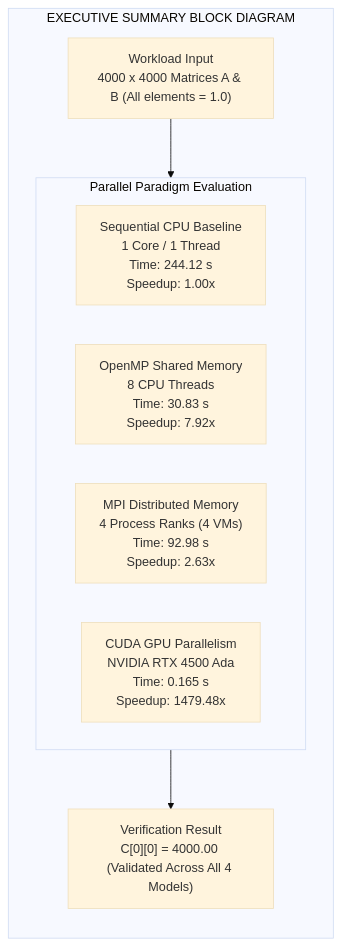
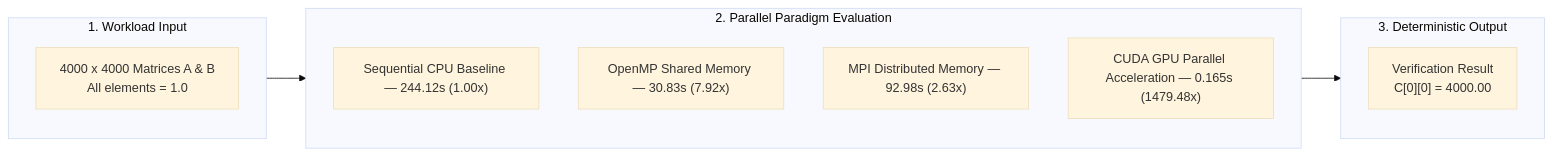
Before and after one commit to Janaki1711/PGC_Lab: the first of 2 diagrams in README.md, drawn with Mermaid (base theme).

Commit message:
Update Executive Summary Mermaid block diagram to horizontal layout for clean rendering

````diff
--- a/README.md
+++ b/README.md
@@ -14,19 +14,20 @@
 ```mermaid
-flowchart TD
-    subgraph Executive_Summary ["EXECUTIVE SUMMARY BLOCK DIAGRAM"]
+flowchart LR
+    subgraph Input ["1. Workload Input"]
+        IN["4000 x 4000 Matrices A & B<br/>All elements = 1.0"]
+    end
+
+    subgraph Models ["2. Parallel Paradigm Evaluation"]
         direction TB
-        Input["Workload Input<br/>4000 x 4000 Matrices A & B (All elements = 1.0)"]
-        
-        subgraph Models ["Parallel Paradigm Evaluation"]
-            direction LR
-            M1["Sequential CPU Baseline<br/>1 Core / 1 Thread<br/>Time: 244.12 s<br/>Speedup: 1.00x"]
-            M2["OpenMP Shared Memory<br/>8 CPU Threads<br/>Time: 30.83 s<br/>Speedup: 7.92x"]
-            M3["MPI Distributed Memory<br/>4 Process Ranks (4 VMs)<br/>Time: 92.98 s<br/>Speedup: 2.63x"]
-            M4["CUDA GPU Parallelism<br/>NVIDIA RTX 4500 Ada<br/>Time: 0.165 s<br/>Speedup: 1479.48x"]
-        end
-        
-        Output["Verification Result<br/>C[0][0] = 4000.00 (Validated Across All 4 Models)"]
+        M1["Sequential CPU Baseline — 244.12s (1.00x)"]
+        M2["OpenMP Shared Memory — 30.83s (7.92x)"]
+        M3["MPI Distributed Memory — 92.98s (2.63x)"]
+        M4["CUDA GPU Parallel Acceleration — 0.165s (1479.48x)"]
+    end
 
-        Input --> Models --> Output
+    subgraph Output ["3. Deterministic Output"]
+        OUT["Verification Result<br/>C[0][0] = 4000.00"]
     end
+
+    Input --> Models --> Output
 ```
````
